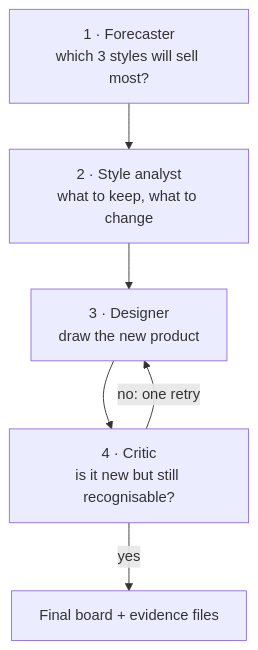
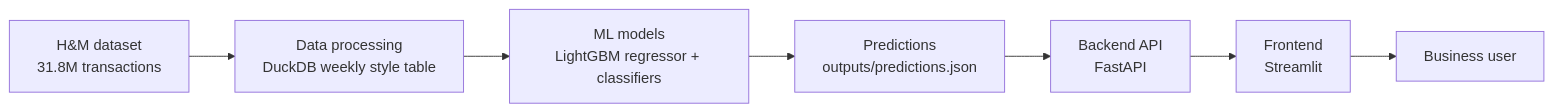
The diagram in README.md (Srishti2003/merchmix-next-season-styles), drawn with Mermaid before and after one commit. The commit also changed other lines of this file and 8 other files, not shown here.

````diff
--- a/README.md
+++ b/README.md
@@ -37,8 +6,9 @@
 ```mermaid
-flowchart TD
-  A["1 · Forecaster<br/>which 3 styles will sell most?"] --> B["2 · Style analyst<br/>what to keep, what to change"]
-  B --> C["3 · Designer<br/>draw the new product"]
-  C --> D["4 · Critic<br/>is it new but still recognisable?"]
-  D -- "no: one retry" --> C
-  D -- yes --> E["Final board + evidence files"]
+flowchart LR
+  A[H&M dataset<br/>31.8M transactions] --> B[Data processing<br/>DuckDB weekly style table]
+  B --> C[ML models<br/>LightGBM regressor + classifiers]
+  C --> D[Predictions<br/>outputs/predictions.json]
+  D --> E[Backend API<br/>FastAPI]
+  E --> F[Frontend<br/>Streamlit]
+  F --> G[Business user]
 ```
````
